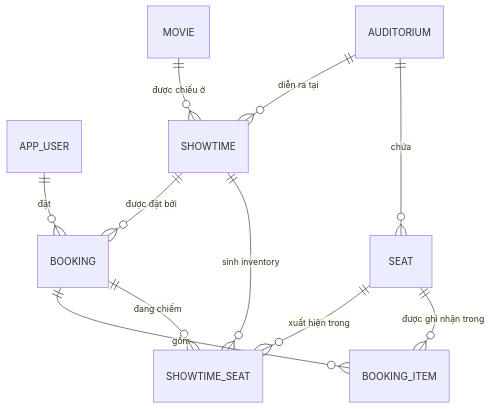
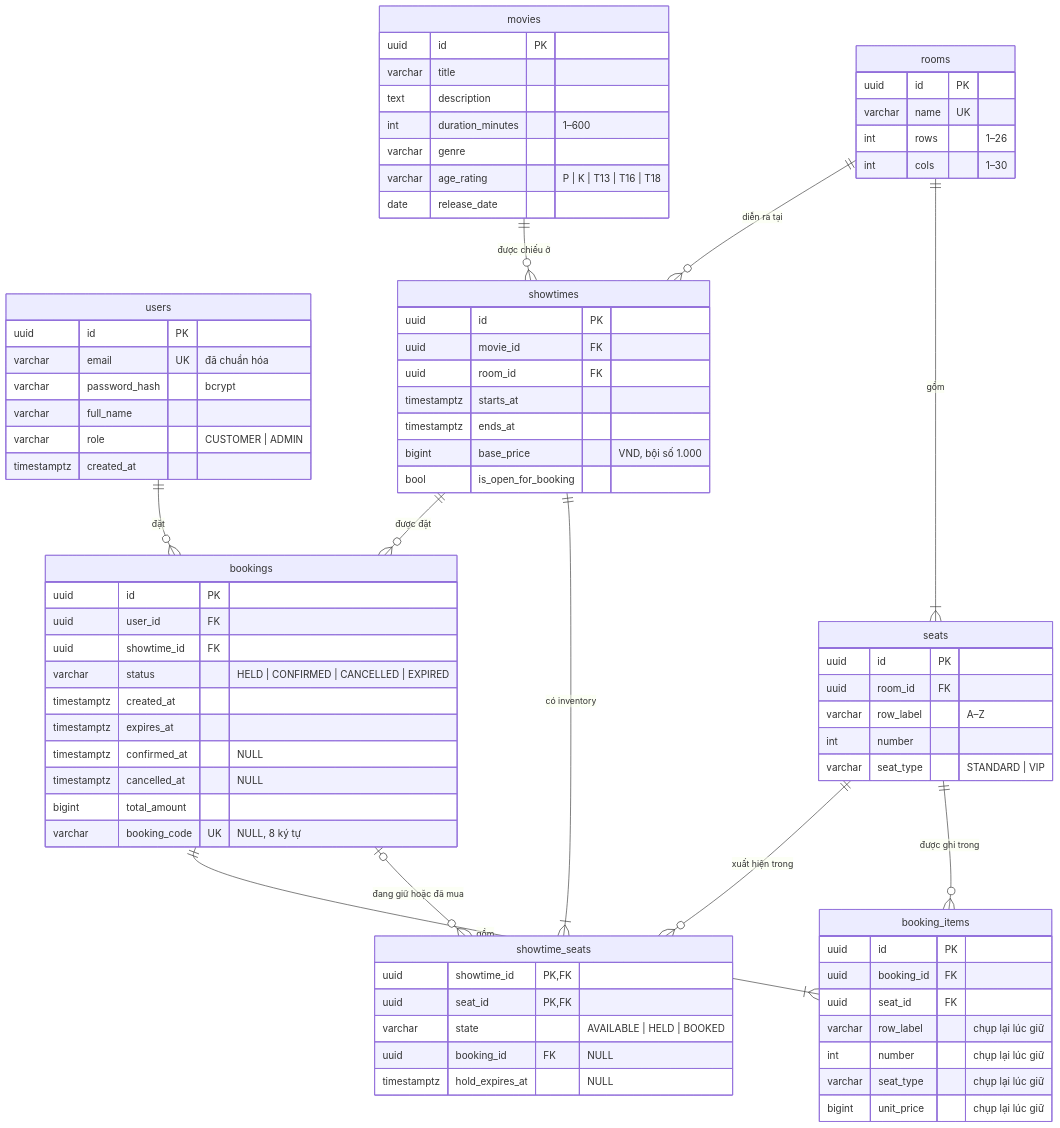
One commit to dodat17/INT3105 changed the diagram in docs/data-model.md. Above: the diagram before and after it, drawn with Mermaid. The commit also changed other lines of this file and 7 other files, not shown here.

````diff
--- a/docs/data-model.md
+++ b/docs/data-model.md
@@ -7,13 +5,81 @@
 ```mermaid
 erDiagram
-    APP_USER      ||--o{ BOOKING       : "đặt"
-    MOVIE         ||--o{ SHOWTIME      : "được chiếu ở"
-    AUDITORIUM    ||--o{ SHOWTIME      : "diễn ra tại"
-    AUDITORIUM    ||--o{ SEAT          : "chứa"
-    SHOWTIME      ||--o{ BOOKING       : "được đặt bởi"
-    SHOWTIME      ||--o{ SHOWTIME_SEAT : "sinh inventory"
-    SEAT          ||--o{ SHOWTIME_SEAT : "xuất hiện trong"
-    BOOKING       ||--o{ BOOKING_ITEM  : "gồm"
-    BOOKING       ||--o{ SHOWTIME_SEAT : "đang chiếm"
-    SEAT          ||--o{ BOOKING_ITEM  : "được ghi nhận trong"
+    users ||--o{ bookings: "đặt"
+    movies ||--o{ showtimes: "được chiếu ở"
+    rooms ||--o{ showtimes: "diễn ra tại"
+    rooms ||--|{ seats: "gồm"
+    showtimes ||--o{ bookings: "được đặt"
+    showtimes ||--|{ showtime_seats: "có inventory"
+    seats ||--o{ showtime_seats: "xuất hiện trong"
+    bookings ||--|{ booking_items: "gồm"
+    seats ||--o{ booking_items: "được ghi trong"
+    bookings |o--o{ showtime_seats: "đang giữ hoặc đã mua"
+
+    users {
+        uuid id PK
+        varchar email UK "đã chuẩn hóa"
+        varchar password_hash "bcrypt"
+        varchar full_name
+        varchar role "CUSTOMER | ADMIN"
+        timestamptz created_at
+    }
+    movies {
+        uuid id PK
+        varchar title
+        text description
+        int duration_minutes "1–600"
+        varchar genre
+        varchar age_rating "P | K | T13 | T16 | T18"
+        date release_date
+    }
+    rooms {
+        uuid id PK
+        varchar name UK
+        int rows "1–26"
+        int cols "1–30"
+    }
+    seats {
+        uuid id PK
+        uuid room_id FK
+        varchar row_label "A–Z"
+        int number
+        varchar seat_type "STANDARD | VIP"
+    }
+    showtimes {
+        uuid id PK
+        uuid movie_id FK
+        uuid room_id FK
+        timestamptz starts_at
+        timestamptz ends_at
+        bigint base_price "VND, bội số 1.000"
+        bool is_open_for_booking
+    }
+    bookings {
+        uuid id PK
+        uuid user_id FK
+        uuid showtime_id FK
+        varchar status "HELD | CONFIRMED | CANCELLED | EXPIRED"
+        timestamptz created_at
+        timestamptz expires_at
+        timestamptz confirmed_at "NULL"
+        timestamptz cancelled_at "NULL"
+        bigint total_amount
+        varchar booking_code UK "NULL, 8 ký tự"
+    }
+    booking_items {
+        uuid id PK
+        uuid booking_id FK
+        uuid seat_id FK
+        varchar row_label "chụp lại lúc giữ"
+        int number "chụp lại lúc giữ"
+        varchar seat_type "chụp lại lúc giữ"
+        bigint unit_price "chụp lại lúc giữ"
+    }
+    showtime_seats {
+        uuid showtime_id PK, FK
+        uuid seat_id PK, FK
+        varchar state "AVAILABLE | HELD | BOOKED"
+        uuid booking_id FK "NULL"
+        timestamptz hold_expires_at "NULL"
+    }
 ```
````
